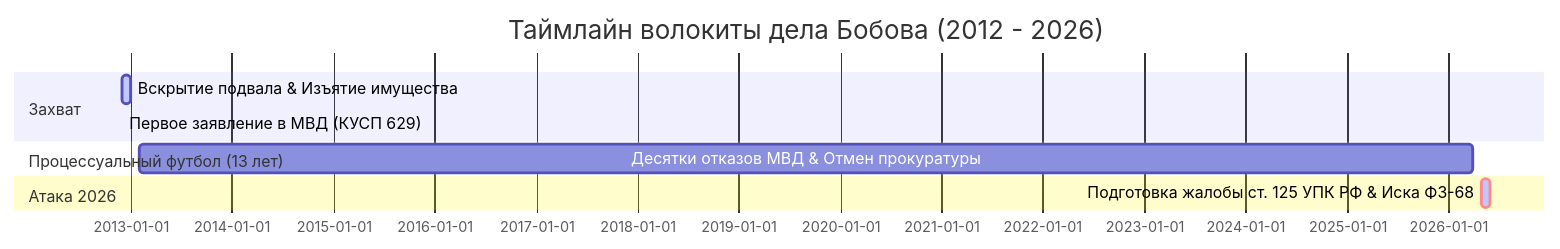
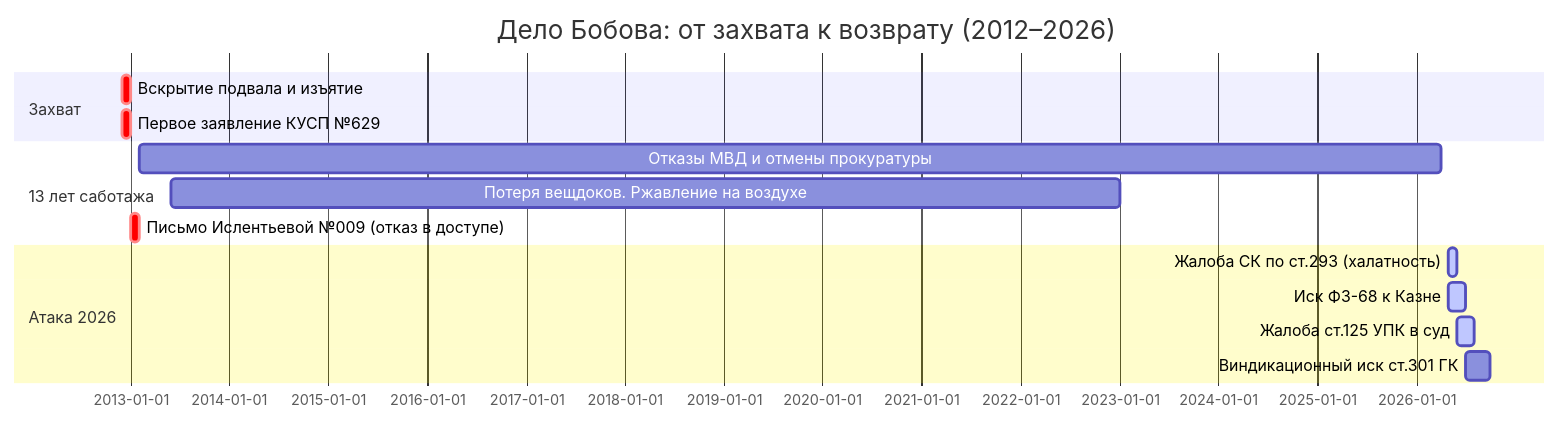
Before and after one commit to 1898baron-lab/AntiGravity_Bobov_App: the diagram in obsidian_brain/2_KNOWLEDGE/Legal_Tactics/CAREER_PATH_BOBOV.md, drawn with Mermaid. The commit also changed other lines of this file, not shown here.

````diff
--- a/obsidian_brain/2_KNOWLEDGE/Legal_Tactics/CAREER_PATH_BOBOV.md
+++ b/obsidian_brain/2_KNOWLEDGE/Legal_Tactics/CAREER_PATH_BOBOV.md
@@ -15,12 +20,17 @@
 ```mermaid
 gantt
-    title Таймлайн волокиты дела Бобова (2012 - 2026)
+    title Дело Бобова: от захвата к возврату (2012–2026)
     dateFormat  YYYY-MM
     section Захват
-    Вскрытие подвала & Изъятие имущества :active, 2012-12, 2013-01
-    Первое заявление в МВД (КУСП 629) :crit, 2012-12, 2012-12
-    section Процессуальный футбол (13 лет)
-    Десятки отказов МВД & Отмен прокуратуры :2013-02, 2026-04
+    Вскрытие подвала и изъятие :crit, 2012-12, 2013-01
+    Первое заявление КУСП №629 :crit, 2012-12, 2013-01
+    section 13 лет саботажа
+    Отказы МВД и отмены прокуратуры :2013-02, 2026-04
+    Потеря вещдоков. Ржавление на воздухе :2013-06, 2023-01
+    Письмо Ислентьевой №009 (отказ в доступе) :crit, 2013-01, 2013-02
     section Атака 2026
-    Подготовка жалобы ст. 125 УПК РФ & Иска ФЗ-68 :crit, active, 2026-05, 2026-06
+    Жалоба СК по ст.293 (халатность) :active, 2026-05, 2026-06
+    Иск ФЗ-68 к Казне :active, 2026-05, 2026-07
+    Жалоба ст.125 УПК в суд :active, 2026-06, 2026-08
+    Виндикационный иск ст.301 ГК :2026-07, 2026-10
 ```
````
